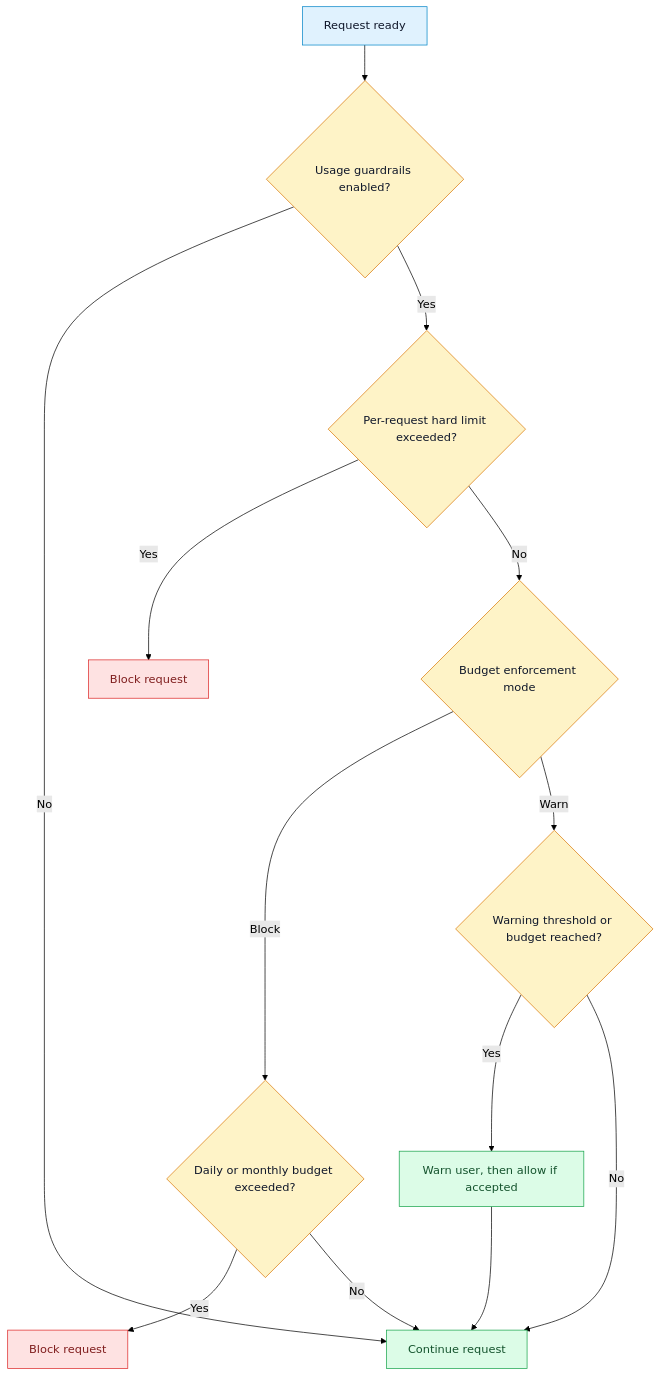
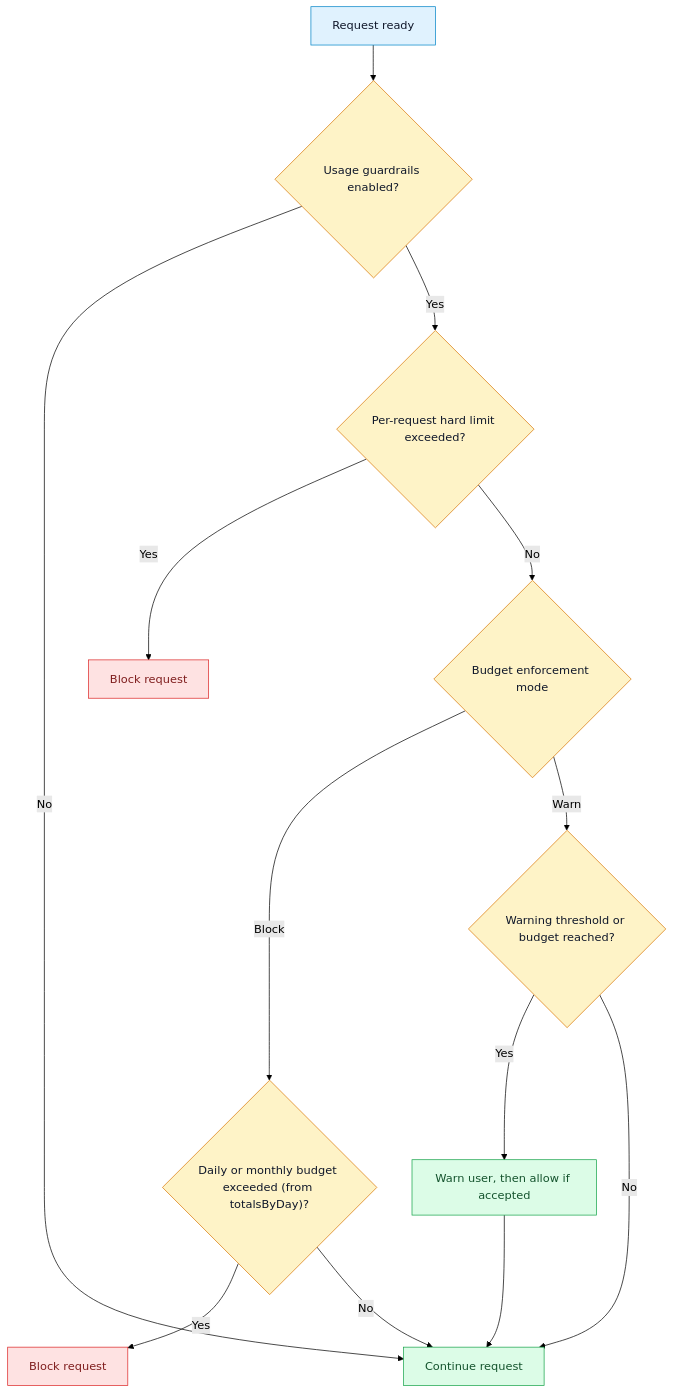
One commit to CodeWithBehnam/askmate changed the fifth of 5 diagrams in DigVis/06-decision-trees.md. Above: the diagram before and after it, drawn with Mermaid (forest theme). The commit also changed other lines of this file and 88 other files, not shown here.

````diff
--- a/DigVis/06-decision-trees.md
+++ b/DigVis/06-decision-trees.md
@@ -132,25 +135,25 @@
 ```mermaid
 flowchart TD
   Request["Request ready"] --> Enabled{"Usage guardrails enabled?"}
   Enabled -- "No" --> Continue["Continue request"]
   Enabled -- "Yes" --> HardLimit{"Per-request hard limit exceeded?"}
   HardLimit -- "Yes" --> BlockHard["Block request"]
   HardLimit -- "No" --> BudgetMode{"Budget enforcement mode"}
-  BudgetMode -- "Block" --> BudgetExceeded{"Daily or monthly budget exceeded?"}
+  BudgetMode -- "Block" --> BudgetExceeded{"Daily or monthly budget exceeded (from totalsByDay)?"}
   BudgetMode -- "Warn" --> WarnExceeded{"Warning threshold or budget reached?"}
   BudgetExceeded -- "Yes" --> BlockBudget["Block request"]
   BudgetExceeded -- "No" --> Continue
   WarnExceeded -- "Yes" --> Warn["Warn user, then allow if accepted"]
   WarnExceeded -- "No" --> Continue
   Warn --> Continue
 
   classDef decision fill:#FEF3C7,stroke:#D97706,color:#0F172A
   classDef yes fill:#DCFCE7,stroke:#16A34A,color:#14532D
   classDef no fill:#FEE2E2,stroke:#DC2626,color:#7F1D1D
   classDef core fill:#E0F2FE,stroke:#0284C7,color:#0F172A
 
   class Enabled,HardLimit,BudgetMode,BudgetExceeded,WarnExceeded decision
   class Continue,Warn yes
   class BlockHard,BlockBudget no
   class Request core
 ```
````
